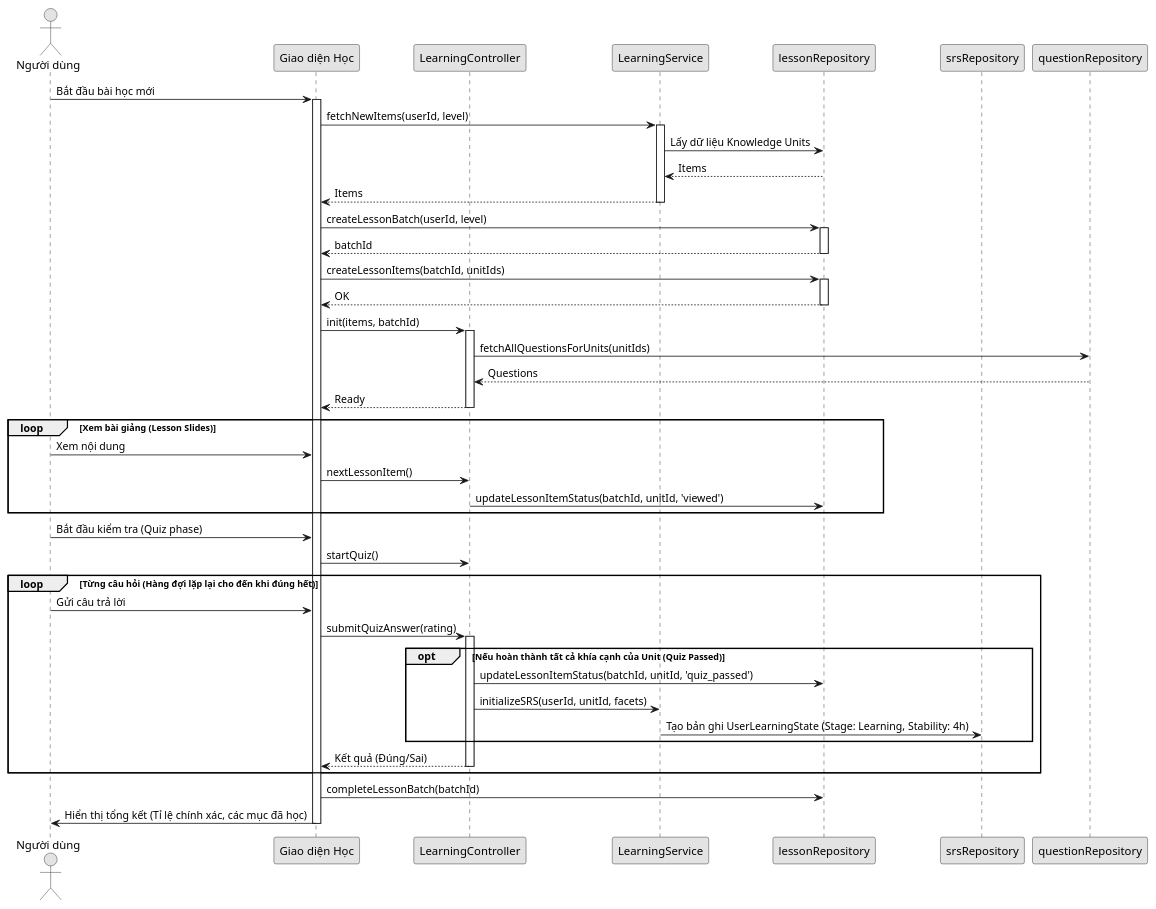
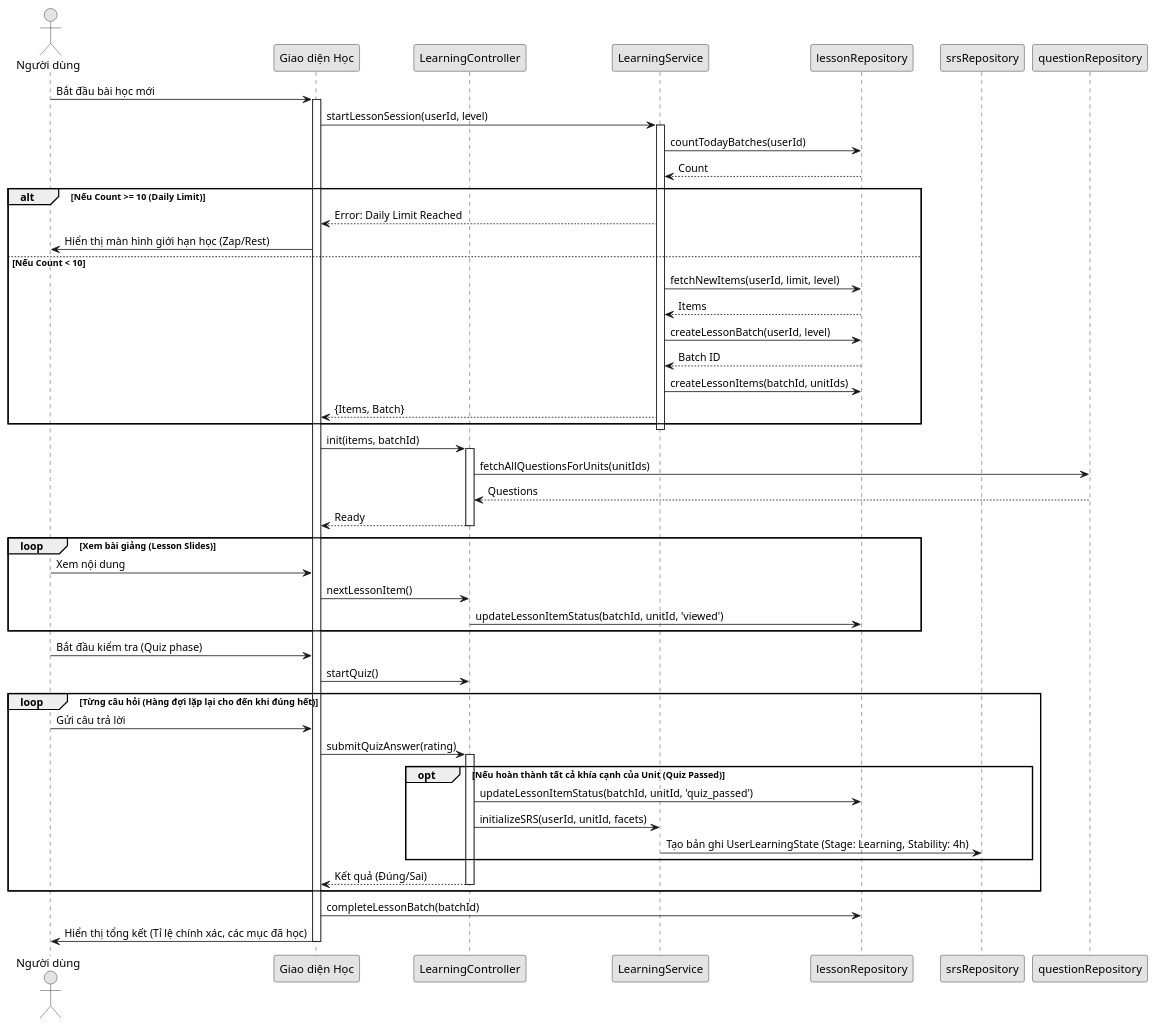
One commit to anhtranguyen-github/Hanachan changed the diagram in docs/uncertain/sequence/learn_sequence.puml. Above: the diagram before and after it, drawn with PlantUML. The commit also changed 20 other files, not shown here.

First line of the commit message:
docs: sync all documentation with daily batch limit and FIF logic refinements

```diff
--- a/docs/uncertain/sequence/learn_sequence.puml
+++ b/docs/uncertain/sequence/learn_sequence.puml
@@ -1,70 +1,69 @@
 @startuml Learn Sequence
 skinparam monochrome true
 skinparam shadowing false
 skinparam defaultFontName "Segoe UI"
 
 actor "Người dùng" as User
 participant "Giao diện Học" as UI
 participant "LearningController" as Controller
 participant "LearningService" as Service
 participant "lessonRepository" as LessonRepo
 participant "srsRepository" as SRSRepo
 participant "questionRepository" as QRepo
 
 User -> UI : Bắt đầu bài học mới
 activate UI
 
-UI -> Service : fetchNewItems(userId, level)
+UI -> Service : startLessonSession(userId, level)
 activate Service
-Service -> LessonRepo : Lấy dữ liệu Knowledge Units
-LessonRepo --> Service : Items
-Service --> UI : Items
+Service -> LessonRepo : countTodayBatches(userId)
+LessonRepo --> Service : Count
+alt Nếu Count >= 10 (Daily Limit)
+    Service --> UI : Error: Daily Limit Reached
+    UI -> User : Hiển thị màn hình giới hạn học (Zap/Rest)
+else Nếu Count < 10
+    Service -> LessonRepo : fetchNewItems(userId, limit, level)
+    LessonRepo --> Service : Items
+    Service -> LessonRepo : createLessonBatch(userId, level)
+    LessonRepo --> Service : Batch ID
+    Service -> LessonRepo : createLessonItems(batchId, unitIds)
+    Service --> UI : {Items, Batch}
+end
 deactivate Service
-
-' PERSISTENCE
-UI -> LessonRepo : createLessonBatch(userId, level)
-activate LessonRepo
-LessonRepo --> UI : batchId
-deactivate LessonRepo
-
-UI -> LessonRepo : createLessonItems(batchId, unitIds)
-activate LessonRepo
-LessonRepo --> UI : OK
-deactivate LessonRepo
 
 UI -> Controller : init(items, batchId)
 activate Controller
 Controller -> QRepo : fetchAllQuestionsForUnits(unitIds)
 QRepo --> Controller : Questions
 Controller --> UI : Ready
 deactivate Controller
 
 loop Xem bài giảng (Lesson Slides)
     User -> UI : Xem nội dung
     UI -> Controller : nextLessonItem()
     Controller -> LessonRepo : updateLessonItemStatus(batchId, unitId, 'viewed')
 end
 
 User -> UI : Bắt đầu kiểm tra (Quiz phase)
 UI -> Controller : startQuiz()
 
 loop Từng câu hỏi (Hàng đợi lặp lại cho đến khi đúng hết)
     User -> UI : Gửi câu trả lời
     UI -> Controller : submitQuizAnswer(rating)
     activate Controller
     
     opt Nếu hoàn thành tất cả khía cạnh của Unit (Quiz Passed)
         Controller -> LessonRepo : updateLessonItemStatus(batchId, unitId, 'quiz_passed')
         Controller -> Service : initializeSRS(userId, unitId, facets)
         Service -> SRSRepo : Tạo bản ghi UserLearningState (Stage: Learning, Stability: 4h)
     end
     
     Controller --> UI : Kết quả (Đúng/Sai)
     deactivate Controller
 end
 
 UI -> LessonRepo : completeLessonBatch(batchId)
 UI -> User : Hiển thị tổng kết (Tỉ lệ chính xác, các mục đã học)
 deactivate UI
 
 @enduml
```
